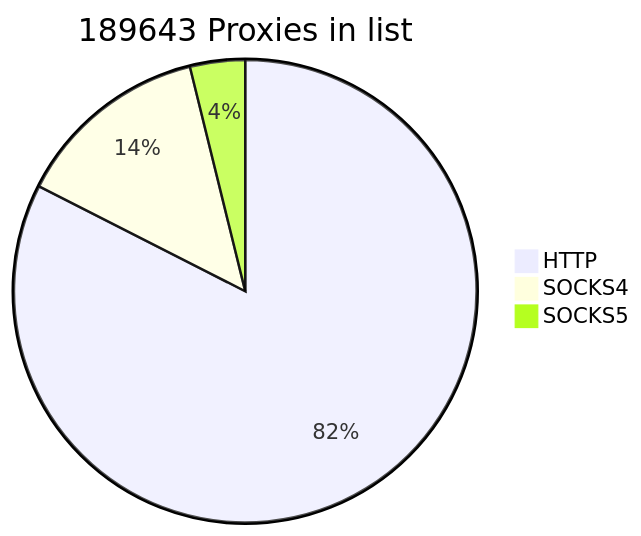
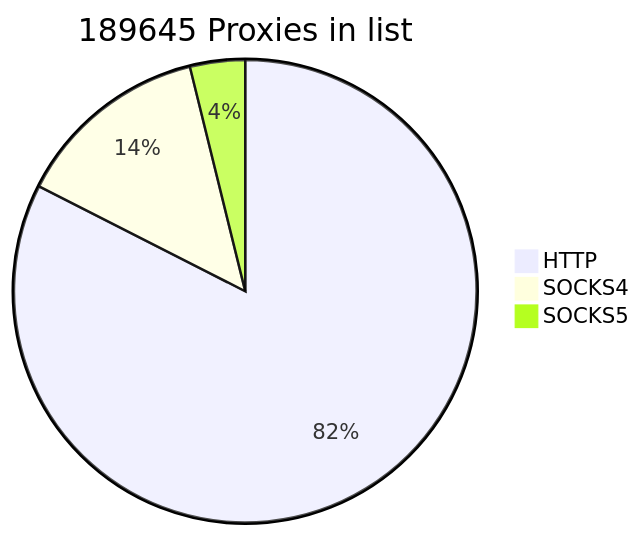
One commit to cutipu/proxylist changed the first of 2 diagrams in README.md. Above: the diagram before and after it, drawn with Mermaid. The commit also changed other lines of this file, not shown here.

````diff
--- a/README.md
+++ b/README.md
@@ -2,7 +2,7 @@
 ```mermaid
-pie title 189643 Proxies in list
+pie title 189645 Proxies in list
     "HTTP" : 156438
     "SOCKS4" : 25911
-    "SOCKS5" : 7294
+    "SOCKS5" : 7296
             
 ```
````
